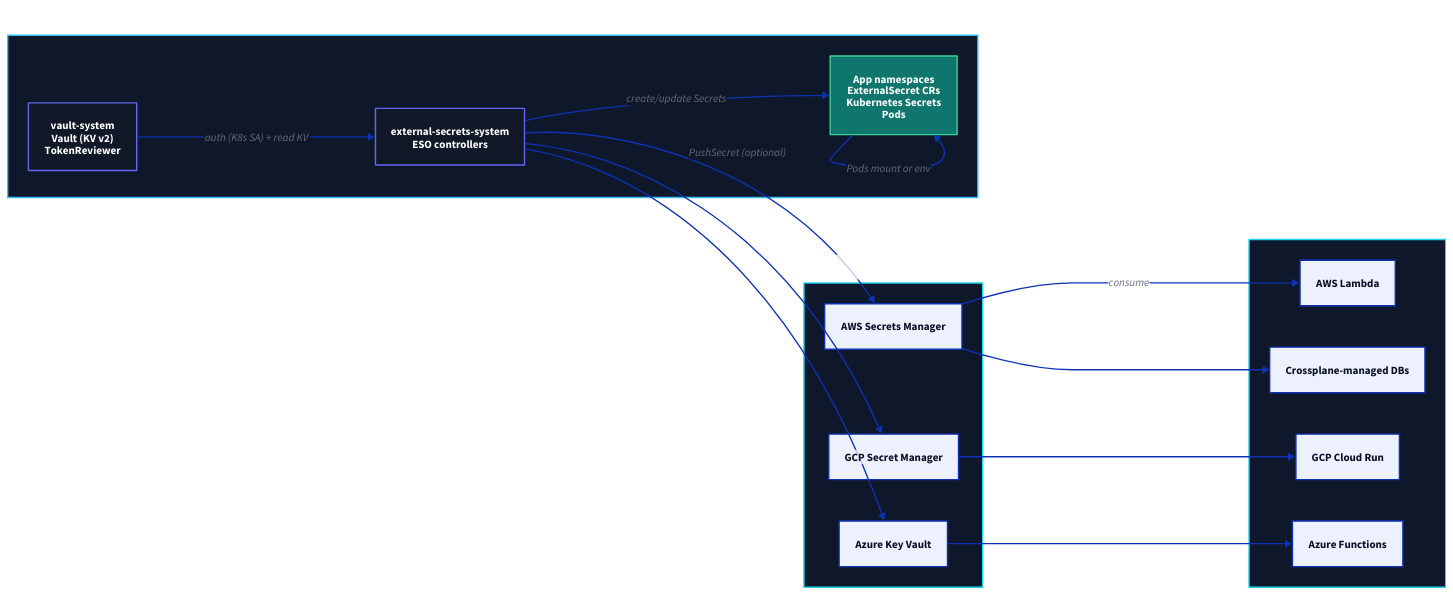
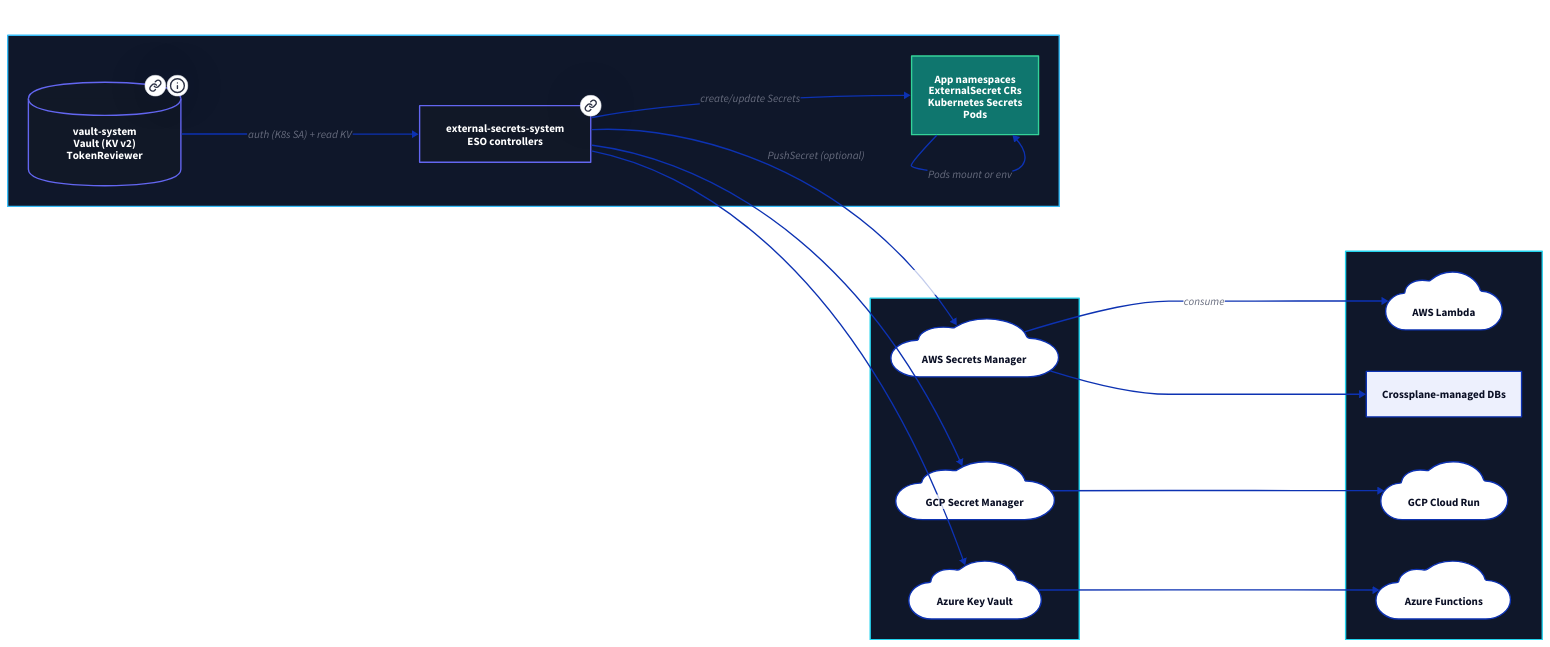
One commit to rou-cru/idp-blueprint changed the diagram in Docs/src/content/docs/architecture/secrets.md. Above: the diagram before and after it, drawn with D2. The commit also changed 6 other files, not shown here.

First line of the commit message:
docs: complete D2 diagram improvements and C4 framework coverage

````diff
--- a/Docs/src/content/docs/architecture/secrets.md
+++ b/Docs/src/content/docs/architecture/secrets.md
@@ -19,47 +19,78 @@
 ```d2
 direction: right
 
 classes: {
   infra: { style.fill: "#0f172a"; style.stroke: "#38bdf8"; style.font-color: white }
   control: { style.fill: "#111827"; style.stroke: "#6366f1"; style.font-color: white }
   data: { style.fill: "#0f766e"; style.stroke: "#34d399"; style.font-color: white }
   ext: { style.fill: "#0f172a"; style.stroke: "#22d3ee"; style.font-color: white }
 }
 
 Cluster: {
   class: infra
   label: "Cluster"
-  VaultNS: { class: control; label: "vault-system\nVault (KV v2)\nTokenReviewer" }
-  ESONS: { class: control; label: "external-secrets-system\nESO controllers" }
+  VaultNS: {
+    class: control
+    label: "vault-system\nVault (KV v2)\nTokenReviewer"
+    shape: cylinder
+    link: https://www.vaultproject.io
+    tooltip: |md
+      HashiCorp Vault stores all secrets.
+      Uses KV v2 engine for versioned secrets.
+    |
+  }
+  ESONS: {
+    class: control
+    label: "external-secrets-system\nESO controllers"
+    link: https://external-secrets.io
+  }
   AppNS: { class: data; label: "App namespaces\nExternalSecret CRs\nKubernetes Secrets\nPods" }
 }
 
 CloudSM: {
   class: ext
   label: "Cloud secret managers"
-  AWS: "AWS Secrets Manager"
-  GCP: "GCP Secret Manager"
-  Azure: "Azure Key Vault"
+  AWS: {
+    label: "AWS Secrets Manager"
+    shape: cloud
+  }
+  GCP: {
+    label: "GCP Secret Manager"
+    shape: cloud
+  }
+  Azure: {
+    label: "Azure Key Vault"
+    shape: cloud
+  }
 }
 
 External: {
   class: ext
   label: "External workloads"
-  Lambda: "AWS Lambda"
-  CloudRun: "GCP Cloud Run"
-  Functions: "Azure Functions"
+  Lambda: {
+    label: "AWS Lambda"
+    shape: cloud
+  }
+  CloudRun: {
+    label: "GCP Cloud Run"
+    shape: cloud
+  }
+  Functions: {
+    label: "Azure Functions"
+    shape: cloud
+  }
   Crossplane: "Crossplane-managed DBs"
 }
 
 Cluster.VaultNS -> Cluster.ESONS: "auth (K8s SA) + read KV"
 Cluster.ESONS -> Cluster.AppNS: "create/update Secrets"
 Cluster.AppNS -> Cluster.AppNS: "Pods mount or env"
 
 Cluster.ESONS -> CloudSM.AWS: "PushSecret (optional)"
 Cluster.ESONS -> CloudSM.GCP
 Cluster.ESONS -> CloudSM.Azure
 CloudSM.AWS -> External.Lambda: "consume"
 CloudSM.AWS -> External.Crossplane
 CloudSM.GCP -> External.CloudRun
 CloudSM.Azure -> External.Functions
 ```
````
